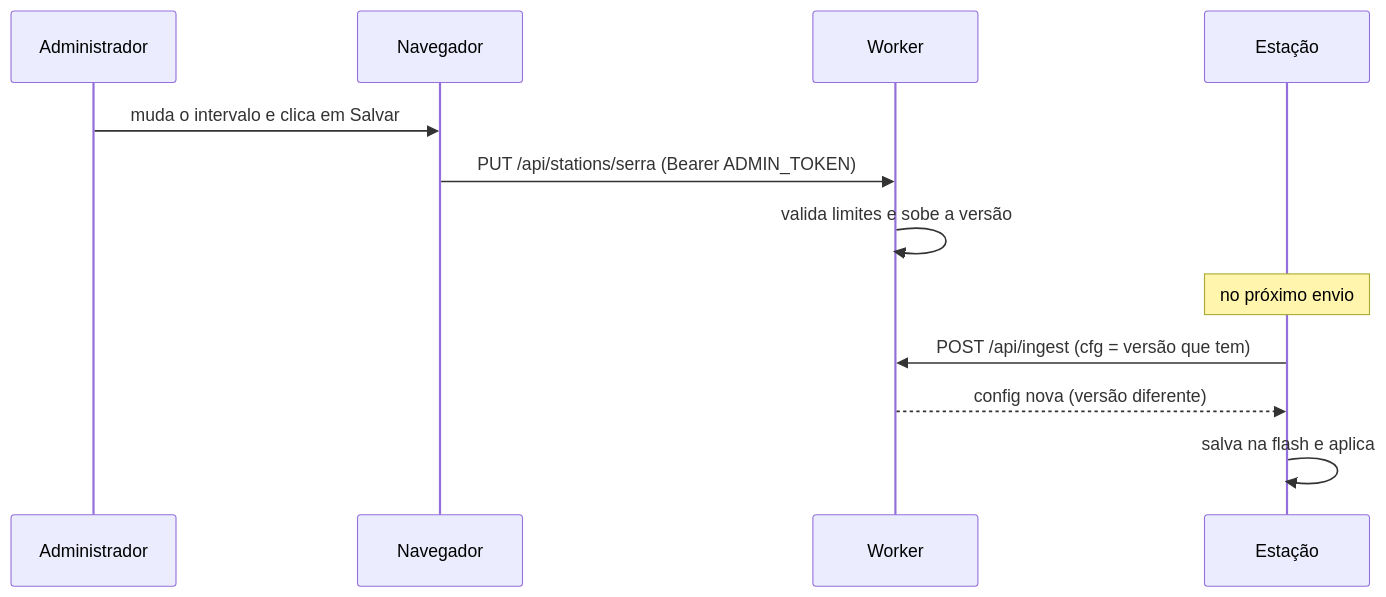
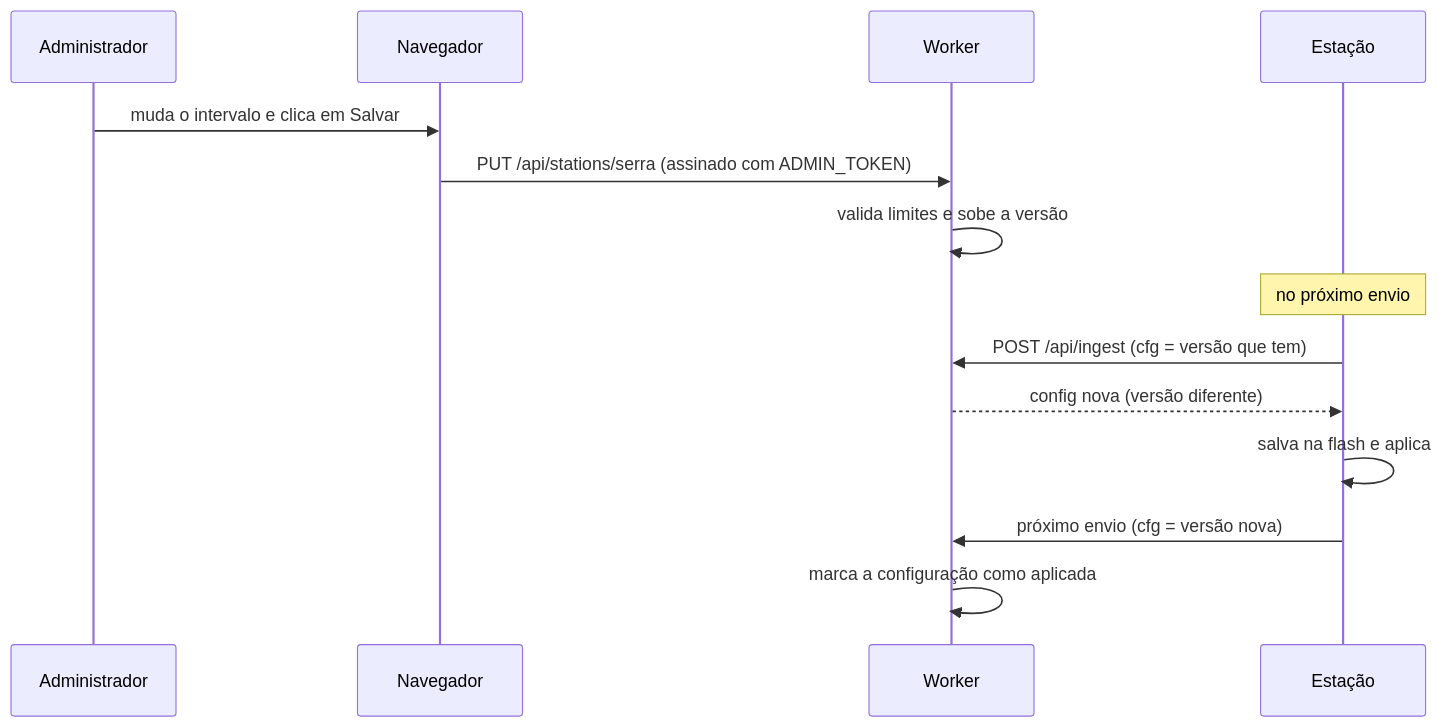
The second of 2 diagrams in docs/arquitetura.md (rudsomlima/estacao-meteo), drawn with Mermaid before and after one commit. The commit also changed 76 other files, not shown here.

````diff
--- a/docs/arquitetura.md
+++ b/docs/arquitetura.md
@@ -39,15 +39,17 @@
 ```mermaid
 sequenceDiagram
     participant U as Administrador
     participant B as Navegador
     participant W as Worker
     participant S as Estação
 
     U->>B: muda o intervalo e clica em Salvar
-    B->>W: PUT /api/stations/serra (Bearer ADMIN_TOKEN)
+    B->>W: PUT /api/stations/serra (assinado com ADMIN_TOKEN)
     W->>W: valida limites e sobe a versão
     Note over S: no próximo envio
     S->>W: POST /api/ingest (cfg = versão que tem)
     W-->>S: config nova (versão diferente)
     S->>S: salva na flash e aplica
+    S->>W: próximo envio (cfg = versão nova)
+    W->>W: marca a configuração como aplicada
 ```
````
